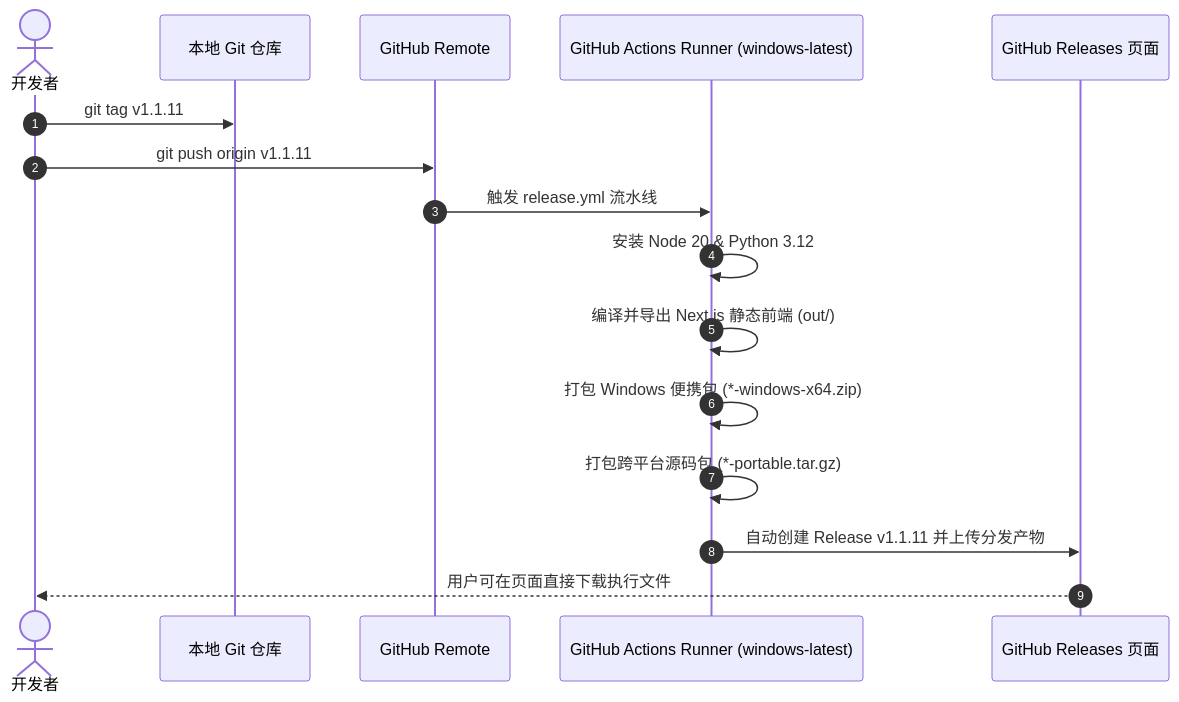
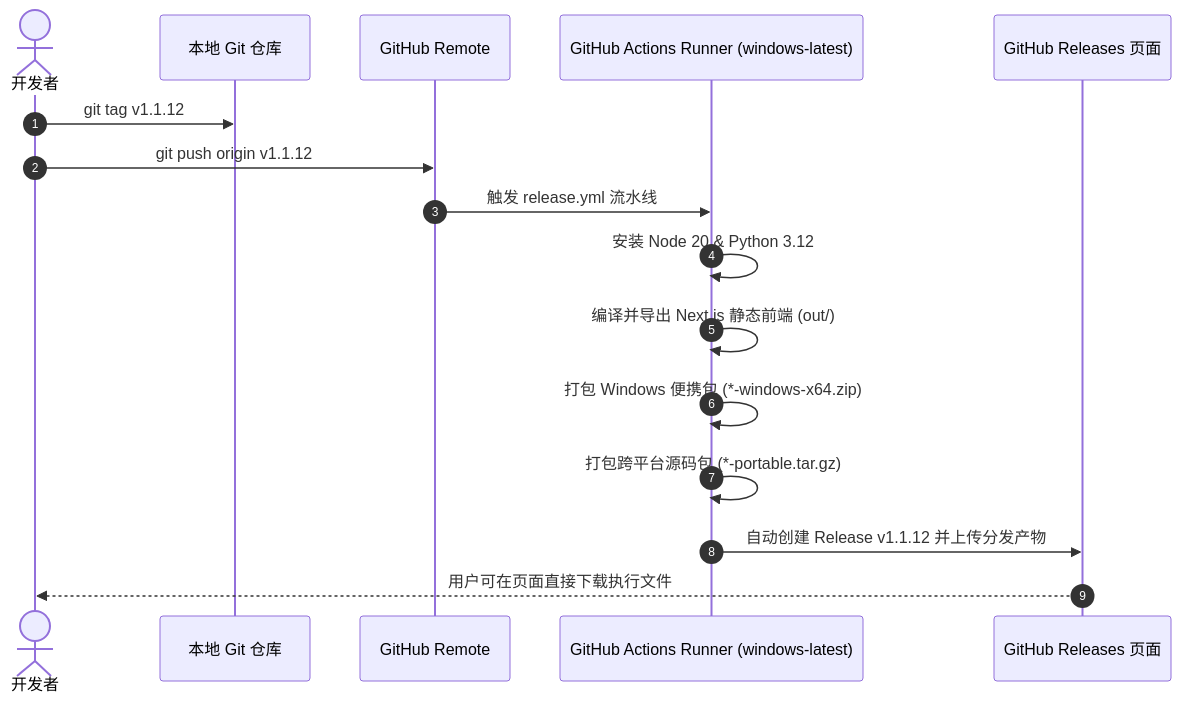
Before and after one commit to voodooq/agenthub-local: the second of 2 diagrams in README.md, drawn with Mermaid. The commit also changed other lines of this file and 30 other files, not shown here.

````diff
--- a/README.md
+++ b/README.md
@@ -288,19 +304,19 @@
 ```mermaid
 sequenceDiagram
     autonumber
     actor Dev as 开发者
     participant Git as 本地 Git 仓库
     participant GH as GitHub Remote
     participant Actions as GitHub Actions Runner (windows-latest)
     participant Releases as GitHub Releases 页面
 
-    Dev->>Git: git tag v1.1.11
-    Dev->>GH: git push origin v1.1.11
+    Dev->>Git: git tag v1.1.12
+    Dev->>GH: git push origin v1.1.12
     GH->>Actions: 触发 release.yml 流水线
     Actions->>Actions: 安装 Node 20 & Python 3.12
     Actions->>Actions: 编译并导出 Next.js 静态前端 (out/)
     Actions->>Actions: 打包 Windows 便携包 (*-windows-x64.zip)
     Actions->>Actions: 打包跨平台源码包 (*-portable.tar.gz)
-    Actions->>Releases: 自动创建 Release v1.1.11 并上传分发产物
+    Actions->>Releases: 自动创建 Release v1.1.12 并上传分发产物
     Releases-->>Dev: 用户可在页面直接下载执行文件
 ```
````
